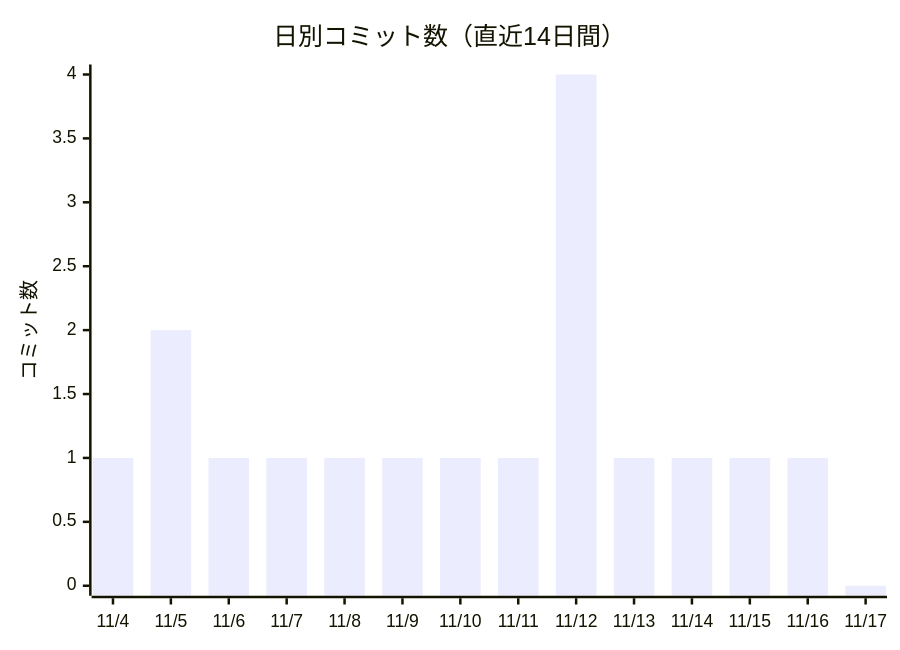
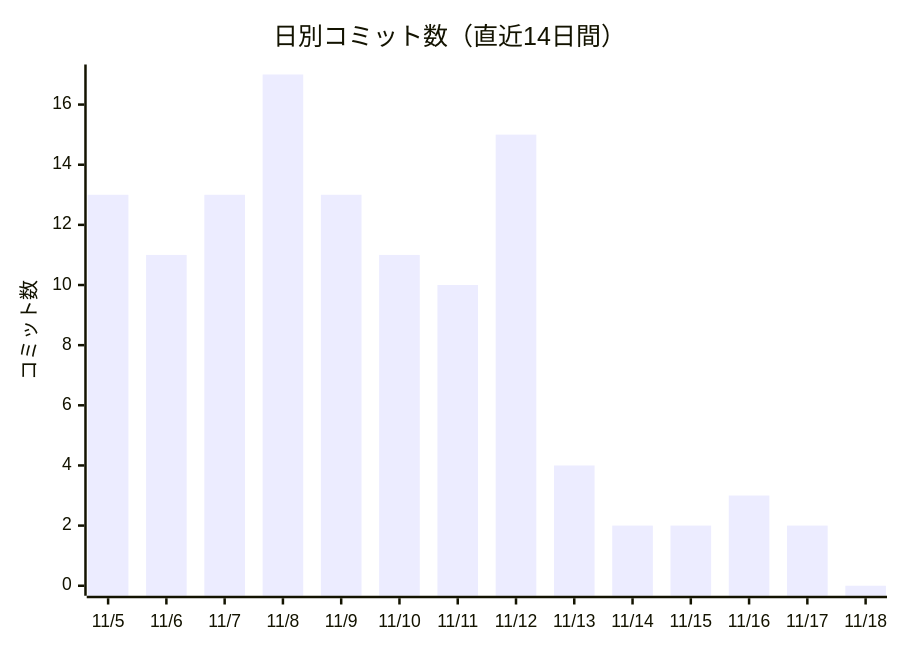
One commit to non-x2/non-x2 changed the first of 2 diagrams in docs/進化レポート.md. Above: the diagram before and after it, drawn with Mermaid. The commit also changed other lines of this file and 1 other file, not shown here.

````diff
--- a/docs/進化レポート.md
+++ b/docs/進化レポート.md
@@ -25,7 +25,7 @@
 ```mermaid
 xychart-beta
     title "日別コミット数（直近14日間）"
-    x-axis ["11/4", "11/5", "11/6", "11/7", "11/8", "11/9", "11/10", "11/11", "11/12", "11/13", "11/14", "11/15", "11/16", "11/17"]
+    x-axis ["11/5", "11/6", "11/7", "11/8", "11/9", "11/10", "11/11", "11/12", "11/13", "11/14", "11/15", "11/16", "11/17", "11/18"]
     y-axis "コミット数"
-    bar [1, 2, 1, 1, 1, 1, 1, 1, 4, 1, 1, 1, 1, 0]
+    bar [13, 11, 13, 17, 13, 11, 10, 15, 4, 2, 2, 3, 2, 0]
 ```
````
